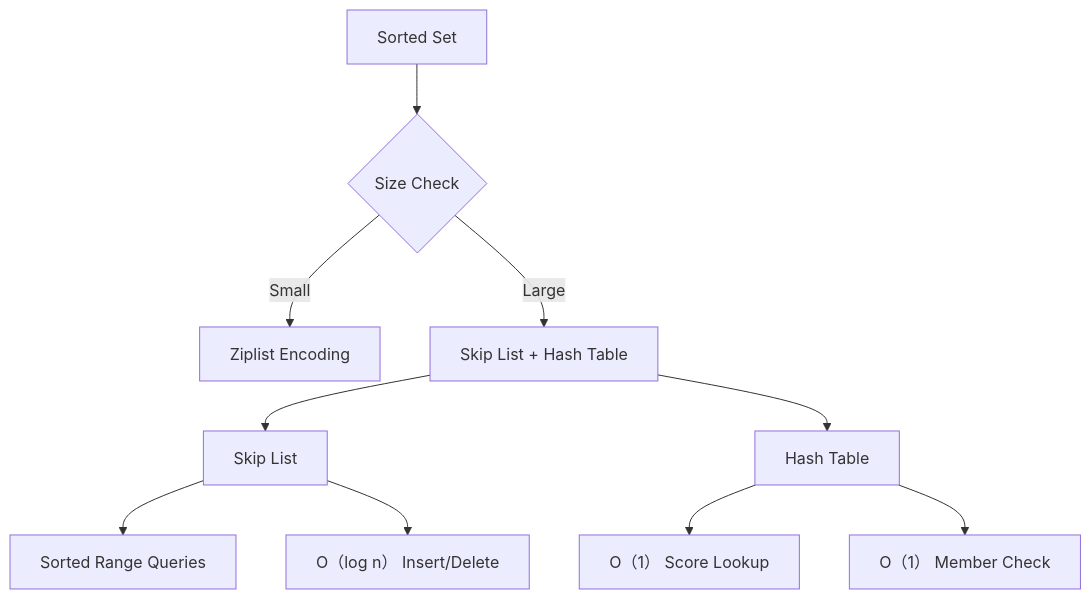
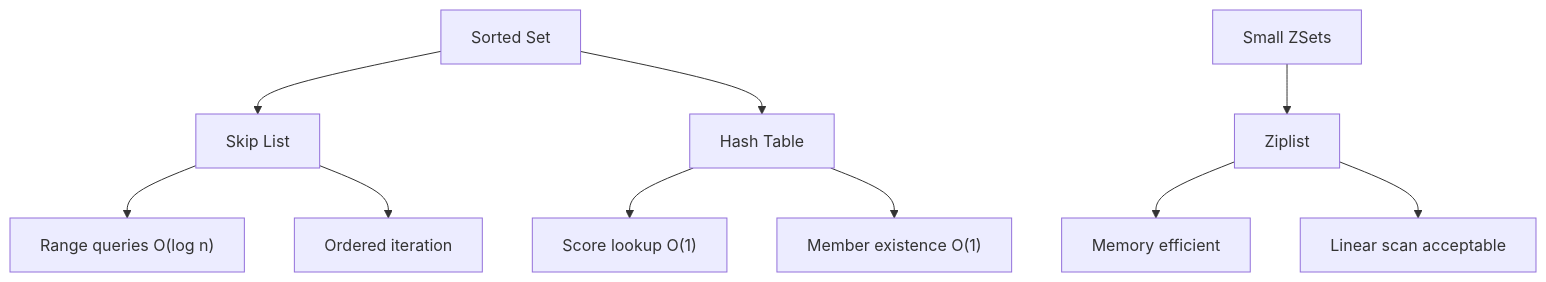
The fourth of 11 diagrams in source/_posts/Redis-Data-Types-and-Data-Structures-Complete-Guide.md (shayne007/blog), drawn with Mermaid before and after one commit. The commit also changed other lines of this file and 3 other files, not shown here.

```diff
--- a/source/_posts/Redis-Data-Types-and-Data-Structures-Complete-Guide.md
+++ b/source/_posts/Redis-Data-Types-and-Data-Structures-Complete-Guide.md
@@ -350,14 +365,14 @@
-{% mermaid flowchart TD %}
-    A[Sorted Set] --> B{Size Check}
-    B -->|Small| C[Ziplist Encoding]
-    B -->|Large| D[Skip List + Hash Table]
+{% mermaid graph TD %}
+    A[Sorted Set] --> B[Skip List]
+    A --> C[Hash Table]
     
-    D --> D1[Skip List]
-    D --> D2[Hash Table]
+    B --> D["Range queries O(log n)"]
+    B --> E[Ordered iteration]
     
-    D1 --> D3[Sorted Range Queries]
-    D1 --> D4[O（log n） Insert/Delete]
+    C --> F["Score lookup O(1)"]
+    C --> G["Member existence O(1)"]
     
-    D2 --> D5[O（1） Score Lookup]
-    D2 --> D6[O（1） Member Check]
+    H[Small ZSets] --> I[Ziplist]
+    I --> J[Memory efficient]
+    I --> K[Linear scan acceptable]
 {% endmermaid %}
```
